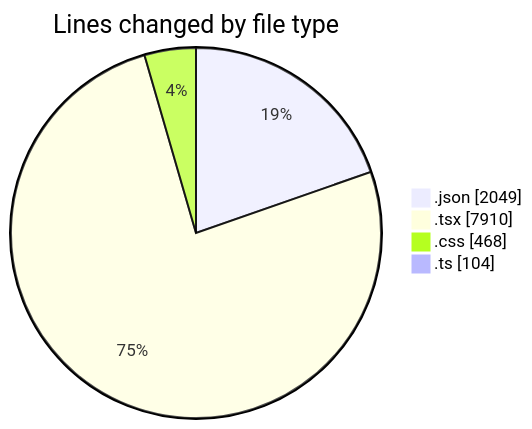
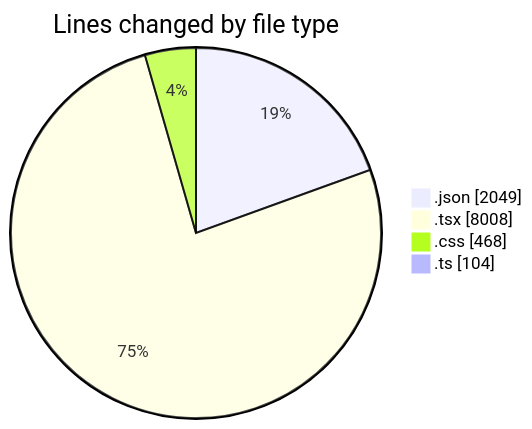
One commit to EIIisD/code-tracking changed the first of 2 diagrams in 2025-08-14/ribbon/README.md. Above: the diagram before and after it, drawn with Mermaid. The commit also changed other lines of this file and 1 other file, not shown here.

````diff
--- a/2025-08-14/ribbon/README.md
+++ b/2025-08-14/ribbon/README.md
@@ -33,8 +33,8 @@
 ```mermaid
 pie showData
 title Lines changed by file type
 ".json" : 2049
-".tsx" : 7910
+".tsx" : 8008
 ".css" : 468
 ".ts" : 104
 ```
````
